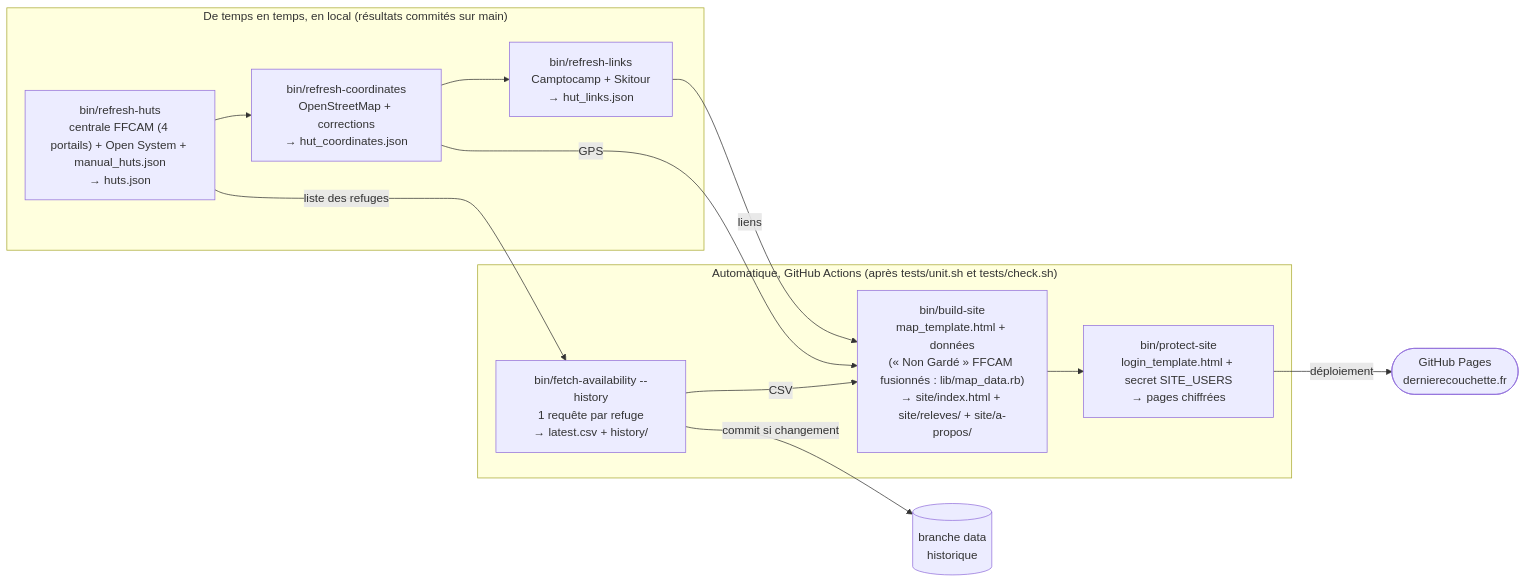
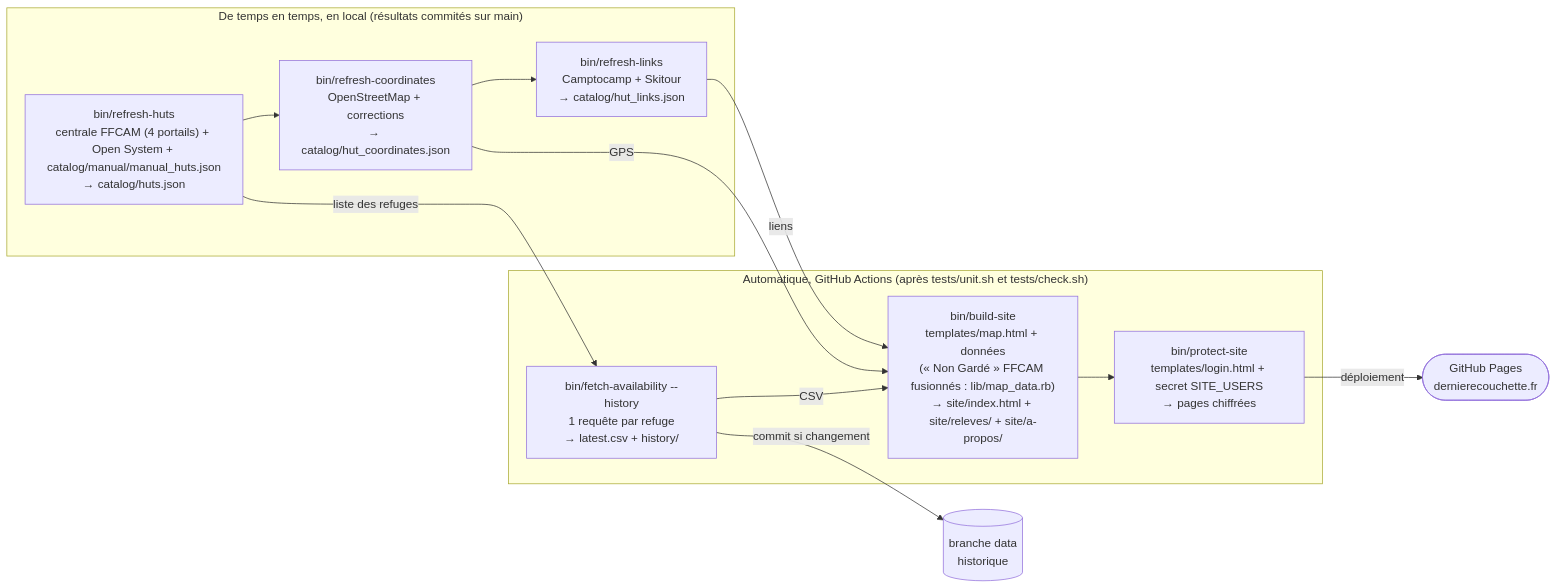
Before and after one commit to jor-di/ffcam-huts: the diagram in HANDOVER.md, drawn with Mermaid. The commit also changed other lines of this file and 37 other files, not shown here.

First line of the commit message:
Racine rangée : catalog/ (listes de refuges) et templates/ (pages HTML)

````diff
--- a/HANDOVER.md
+++ b/HANDOVER.md
@@ -31,20 +31,20 @@
 ```mermaid
 flowchart LR
   subgraph local["De temps en temps, en local (résultats commités sur main)"]
-    huts["bin/refresh-huts<br/>centrale FFCAM (4 portails) + Open System + manual_huts.json<br/>→ huts.json"]
-    coords["bin/refresh-coordinates<br/>OpenStreetMap + corrections<br/>→ hut_coordinates.json"]
-    links["bin/refresh-links<br/>Camptocamp + Skitour<br/>→ hut_links.json"]
+    huts["bin/refresh-huts<br/>centrale FFCAM (4 portails) + Open System + catalog/manual/manual_huts.json<br/>→ catalog/huts.json"]
+    coords["bin/refresh-coordinates<br/>OpenStreetMap + corrections<br/>→ catalog/hut_coordinates.json"]
+    links["bin/refresh-links<br/>Camptocamp + Skitour<br/>→ catalog/hut_links.json"]
     huts --> coords --> links
   end
   subgraph auto["Automatique, GitHub Actions (après tests/unit.sh et tests/check.sh)"]
     avail["bin/fetch-availability --history<br/>1 requête par refuge<br/>→ latest.csv + history/"]
-    build["bin/build-site<br/>map_template.html + données<br/>(« Non Gardé » FFCAM fusionnés : lib/map_data.rb)<br/>→ site/index.html + site/releves/ + site/a-propos/"]
-    protect["bin/protect-site<br/>login_template.html + secret SITE_USERS<br/>→ pages chiffrées"]
+    build["bin/build-site<br/>templates/map.html + données<br/>(« Non Gardé » FFCAM fusionnés : lib/map_data.rb)<br/>→ site/index.html + site/releves/ + site/a-propos/"]
+    protect["bin/protect-site<br/>templates/login.html + secret SITE_USERS<br/>→ pages chiffrées"]
     avail -- CSV --> build --> protect
   end
   huts -- liste des refuges --> avail
   coords -- GPS --> build
   links -- liens --> build
   avail -- commit si changement --> data[("branche data<br/>historique")]
   protect -- déploiement --> pages(["GitHub Pages<br/>dernierecouchette.fr"])
 ```
````
